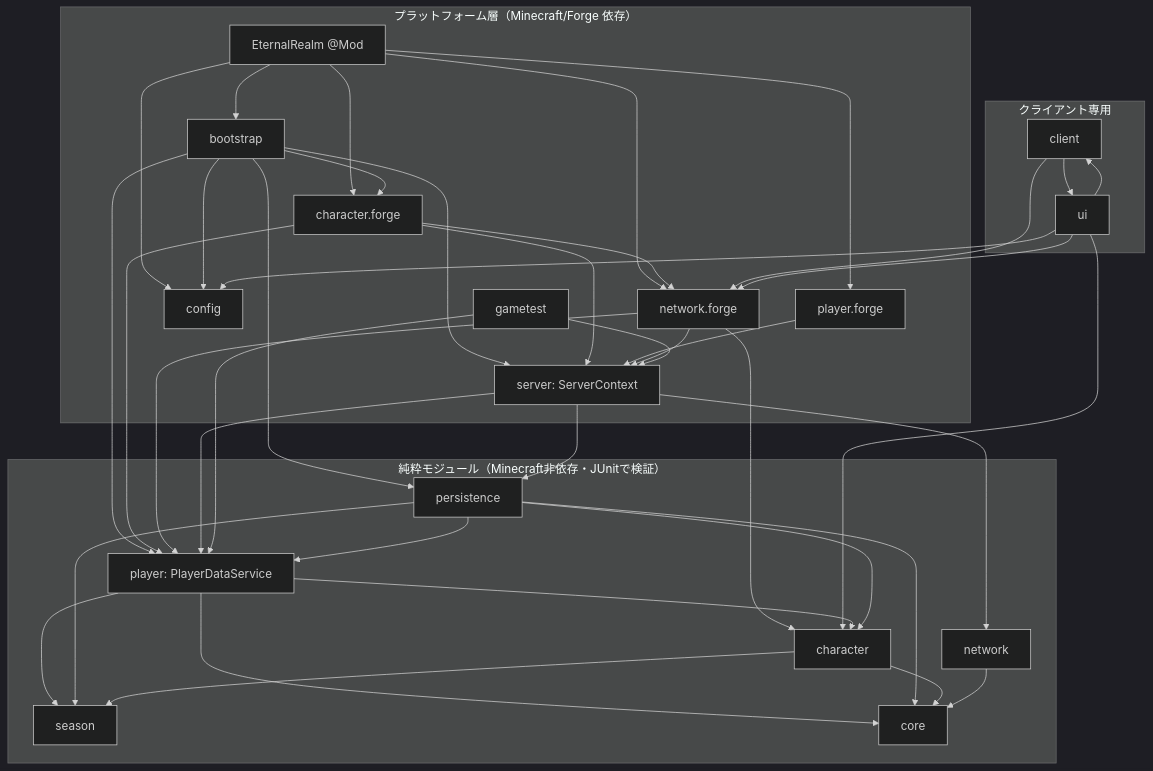
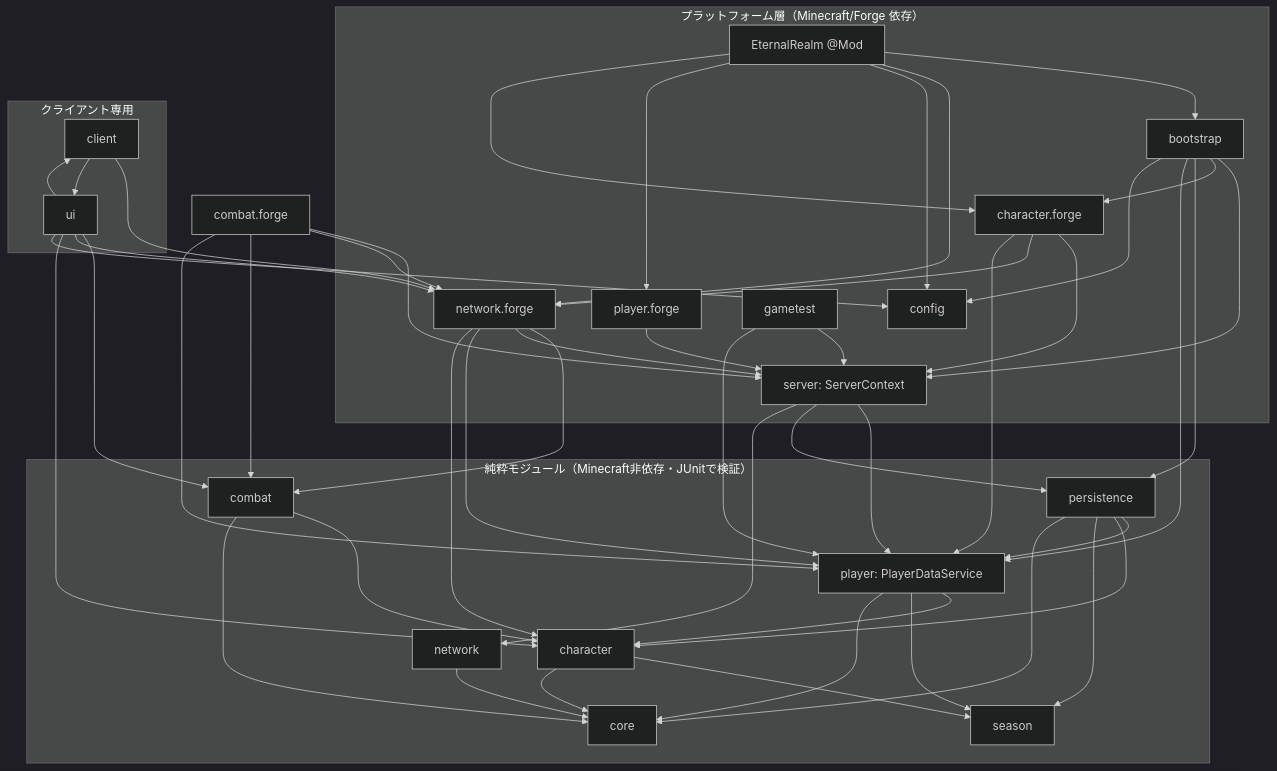
The diagram in docs/ARCHITECTURE.md (pjp2hyccc2-tech/Minecraftproject), drawn with Mermaid (dark theme) before and after one commit. The commit also changed other lines of this file and 4 other files, not shown here.

````diff
--- a/docs/ARCHITECTURE.md
+++ b/docs/ARCHITECTURE.md
@@ -75,38 +78,43 @@
 ```mermaid
 flowchart TD
     subgraph Platform["プラットフォーム層（Minecraft/Forge 依存）"]
         Main[EternalRealm @Mod]
         Boot[bootstrap]
         CF[character.forge]
         PF[player.forge]
         NF[network.forge]
         SRV[server: ServerContext]
         CFG[config]
         GT[gametest]
     end
     subgraph Client["クライアント専用"]
         CL[client]
         UI[ui]
     end
     subgraph Pure["純粋モジュール（Minecraft非依存・JUnitで検証）"]
         PL[player: PlayerDataService]
         CH[character]
         PS[persistence]
         NW[network]
+        CB[combat]
         SE[season]
         CO[core]
     end
+    CBF[combat.forge] --> SRV & NF & CB & PL
+    NF --> CB
+    UI --> CB
+    CB --> CH & CO
     Main --> Boot & NF & CFG & PF & CF
     Boot --> SRV & CF & PS & PL & CFG
     CF --> SRV & NF & PL
     PF --> SRV
     NF --> SRV & PL & CH
     SRV --> PL & PS & NW
     GT --> SRV & PL
     CL --> NF & UI
     UI --> CL & NF & CH & CFG
     PL --> CH & SE & CO
     PS --> PL & CH & SE & CO
     CH --> SE & CO
     NW --> CO
 ```
````
